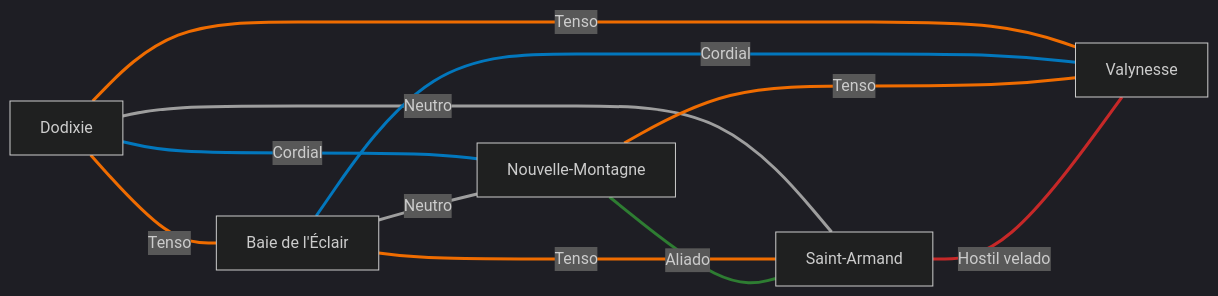
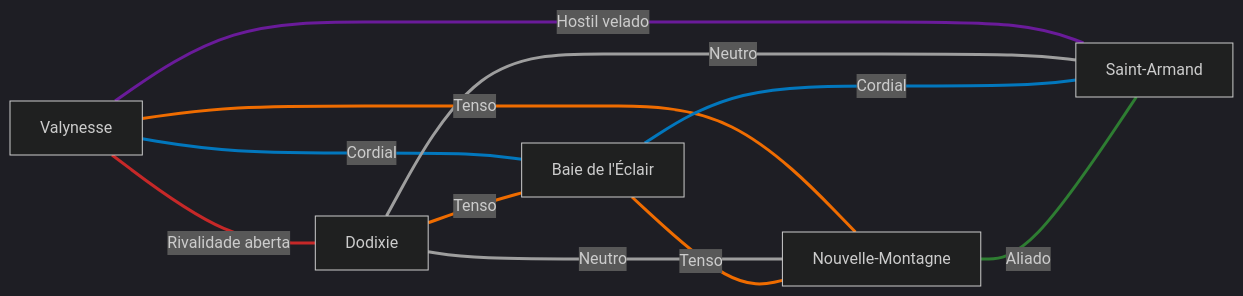
The diagram in docs/mundo/relacoes-entre-cidades.md (Verayon/Gallancourt-RPG-DnD-), drawn with Mermaid (dark theme) before and after one commit. The commit also changed other lines of this file and 79 other files, not shown here.

````diff
--- a/docs/mundo/relacoes-entre-cidades.md
+++ b/docs/mundo/relacoes-entre-cidades.md
@@ -29,28 +31,28 @@
 ```mermaid
 graph LR
+    VAL["Valynesse"]
     DOD["Dodixie"]
     BAI["Baie de l'Éclair"]
+    SAR["Saint-Armand"]
     NMO["Nouvelle-Montagne"]
-    SAR["Saint-Armand"]
-    VAL["Valynesse"]
+    VAL ---|Rivalidade aberta| DOD
+    VAL ---|Cordial| BAI
+    VAL ---|Hostil velado| SAR
+    VAL ---|Tenso| NMO
     DOD ---|Tenso| BAI
-    DOD ---|Cordial| NMO
+    DOD ---|Neutro| NMO
     DOD ---|Neutro| SAR
-    DOD ---|Tenso| VAL
-    BAI ---|Neutro| NMO
-    BAI ---|Tenso| SAR
-    BAI ---|Cordial| VAL
+    BAI ---|Tenso| NMO
+    BAI ---|Cordial| SAR
     NMO ---|Aliado| SAR
-    NMO ---|Tenso| VAL
-    SAR ---|Hostil velado| VAL
-    linkStyle 0 stroke:#ef6c00,stroke-width:3px
+    linkStyle 0 stroke:#c62828,stroke-width:3px
     linkStyle 1 stroke:#0277bd,stroke-width:3px
-    linkStyle 2 stroke:#9e9e9e,stroke-width:3px
+    linkStyle 2 stroke:#6a1b9a,stroke-width:3px
     linkStyle 3 stroke:#ef6c00,stroke-width:3px
-    linkStyle 4 stroke:#9e9e9e,stroke-width:3px
-    linkStyle 5 stroke:#ef6c00,stroke-width:3px
-    linkStyle 6 stroke:#0277bd,stroke-width:3px
-    linkStyle 7 stroke:#2e7d32,stroke-width:3px
-    linkStyle 8 stroke:#ef6c00,stroke-width:3px
-    linkStyle 9 stroke:#c62828,stroke-width:3px
+    linkStyle 4 stroke:#ef6c00,stroke-width:3px
+    linkStyle 5 stroke:#9e9e9e,stroke-width:3px
+    linkStyle 6 stroke:#9e9e9e,stroke-width:3px
+    linkStyle 7 stroke:#ef6c00,stroke-width:3px
+    linkStyle 8 stroke:#0277bd,stroke-width:3px
+    linkStyle 9 stroke:#2e7d32,stroke-width:3px
 ```
````
